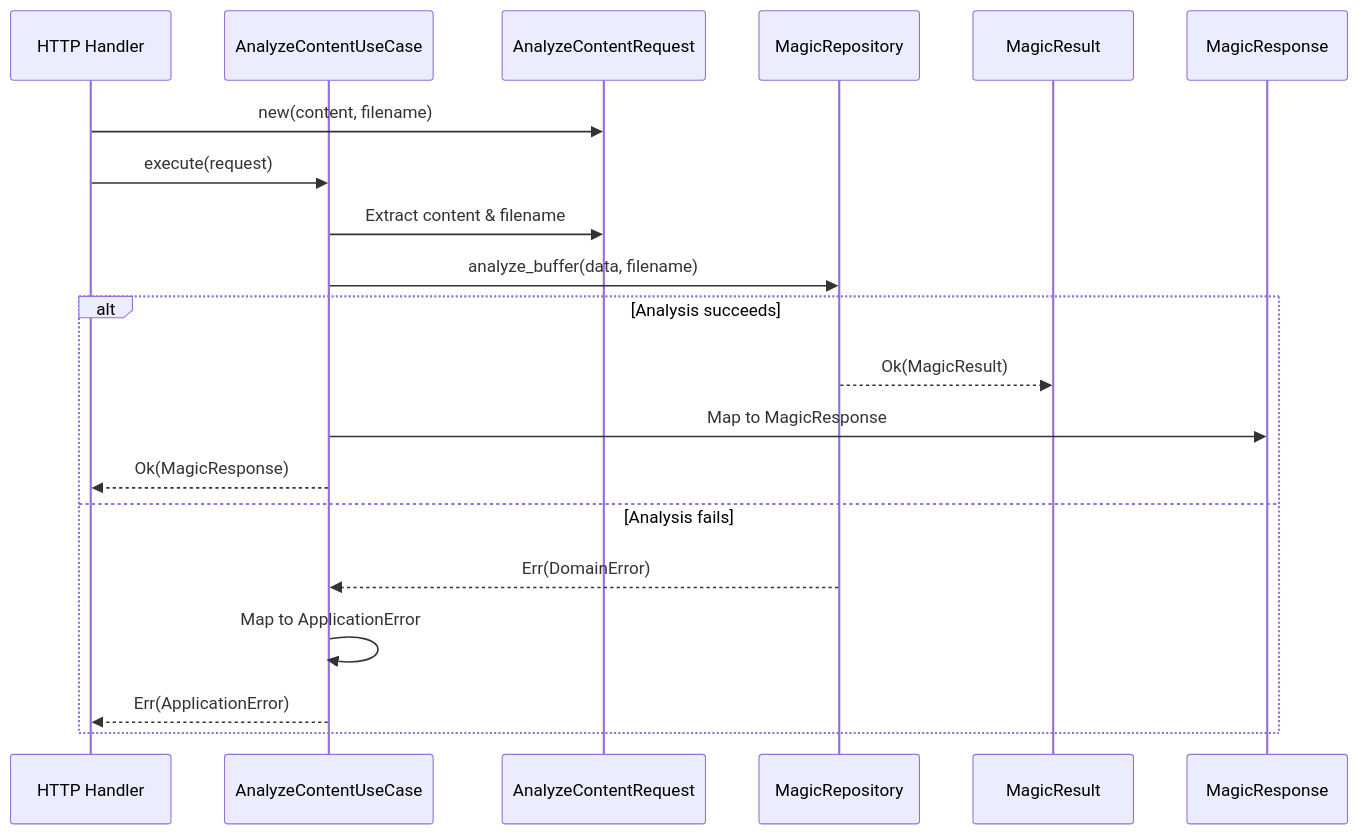
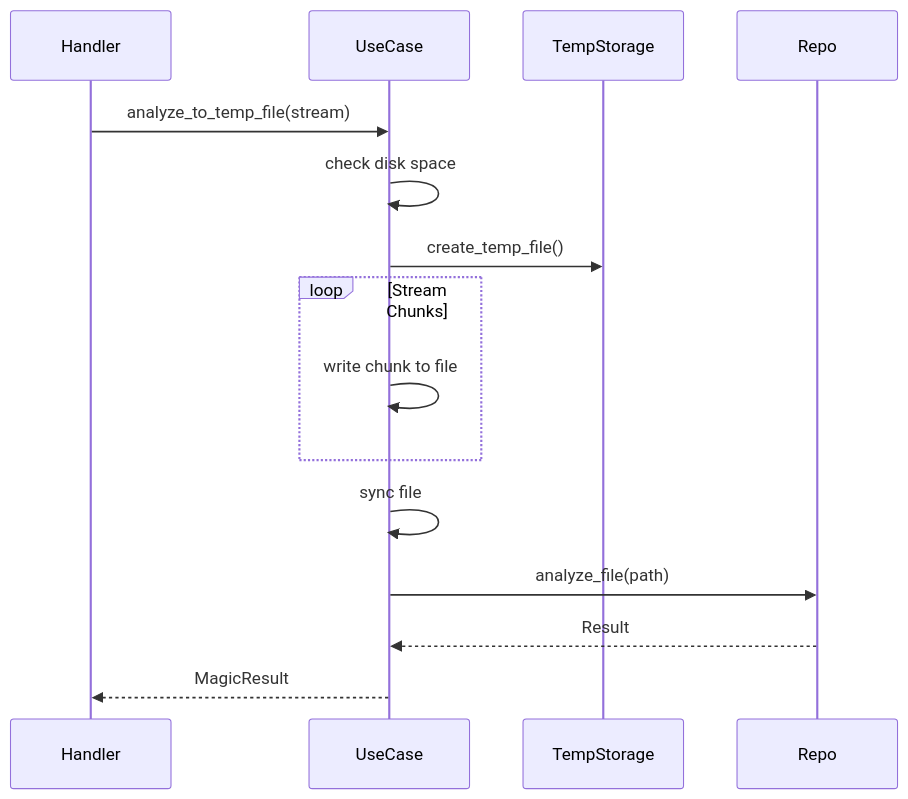
One commit to photom/magicer changed the third of 4 diagrams in docs/reference/application/analyze_content.md. Above: the diagram before and after it, drawn with Mermaid. The commit also changed other lines of this file and 7 other files, not shown here.

````diff
--- a/docs/reference/application/analyze_content.md
+++ b/docs/reference/application/analyze_content.md
@@ -66,23 +82,18 @@
 ```mermaid
 sequenceDiagram
-    participant Handler as HTTP Handler
-    participant UseCase as AnalyzeContentUseCase
-    participant Request as AnalyzeContentRequest
-    participant Repo as MagicRepository
-    participant Result as MagicResult
-    participant Response as MagicResponse
+    participant Handler
+    participant UseCase
+    participant TempStorage
+    participant Repo
     
-    Handler->>Request: new(content, filename)
-    Handler->>UseCase: execute(request)
-    UseCase->>Request: Extract content & filename
-    UseCase->>Repo: analyze_buffer(data, filename)
-    alt Analysis succeeds
-        Repo-->>Result: Ok(MagicResult)
-        UseCase->>Response: Map to MagicResponse
-        UseCase-->>Handler: Ok(MagicResponse)
-    else Analysis fails
-        Repo-->>UseCase: Err(DomainError)
-        UseCase->>UseCase: Map to ApplicationError
-        UseCase-->>Handler: Err(ApplicationError)
+    Handler->>UseCase: analyze_to_temp_file(stream)
+    UseCase->>UseCase: check disk space
+    UseCase->>TempStorage: create_temp_file()
+    loop Stream Chunks
+        UseCase->>UseCase: write chunk to file
     end
+    UseCase->>UseCase: sync file
+    UseCase->>Repo: analyze_file(path)
+    Repo-->>UseCase: Result
+    UseCase-->>Handler: MagicResult
 ```
````
